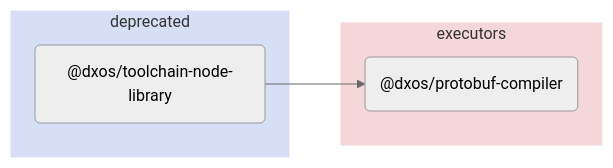
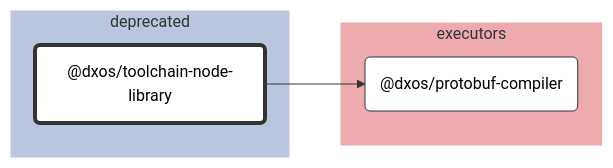
Before and after one commit to dxos/dxos: the diagram in tools/deprecated/toolchain-node-library/docs/README.md, drawn with Mermaid (neutral theme). The commit also changed other lines of this file and 89 other files, not shown here.

````diff
--- a/tools/deprecated/toolchain-node-library/docs/README.md
+++ b/tools/deprecated/toolchain-node-library/docs/README.md
@@ -5,15 +7,34 @@
 ```mermaid
-flowchart LR;
+%%{ init: {'flowchart':{'curve':'basis'}} }%%
 
+flowchart LR
+
+%% Links
+dxos/toolchain-node-library --> dxos/protobuf-compiler;
+
+%% Sections
 subgraph deprecated
-  style deprecated fill:#d6dff5,stroke:#fff;
-  dxos/toolchain-node-library("@dxos/toolchain-node-library");
+  style deprecated fill:#bac5de,stroke:#fff;
+
+  dxos/toolchain-node-library("@dxos/toolchain-node-library")
 end
 
 subgraph executors
-  style executors fill:#f5d6d9,stroke:#fff;
-  dxos/protobuf-compiler("@dxos/protobuf-compiler");
+  style executors fill:#edabb0,stroke:#fff;
+
+  dxos/protobuf-compiler("@dxos/protobuf-compiler")
 end
 
-dxos/toolchain-node-library --> dxos/protobuf-compiler;
+
+%% Hyperlinks
+click dxos/protobuf-compiler "dxos/dxos/tree/main/tools/executors/protobuf-compiler/docs";
+
+%% Styles
+classDef rootNode fill:#fff,stroke:#333,stroke-width:4px
+classDef defaultNode fill:#fff,stroke:#333,stroke-width:1px
+linkStyle default stroke:#333,stroke-width:1px
+
+dxos/toolchain-node-library:::rootNode
+
+dxos/protobuf-compiler:::defaultNode
 ```
````
